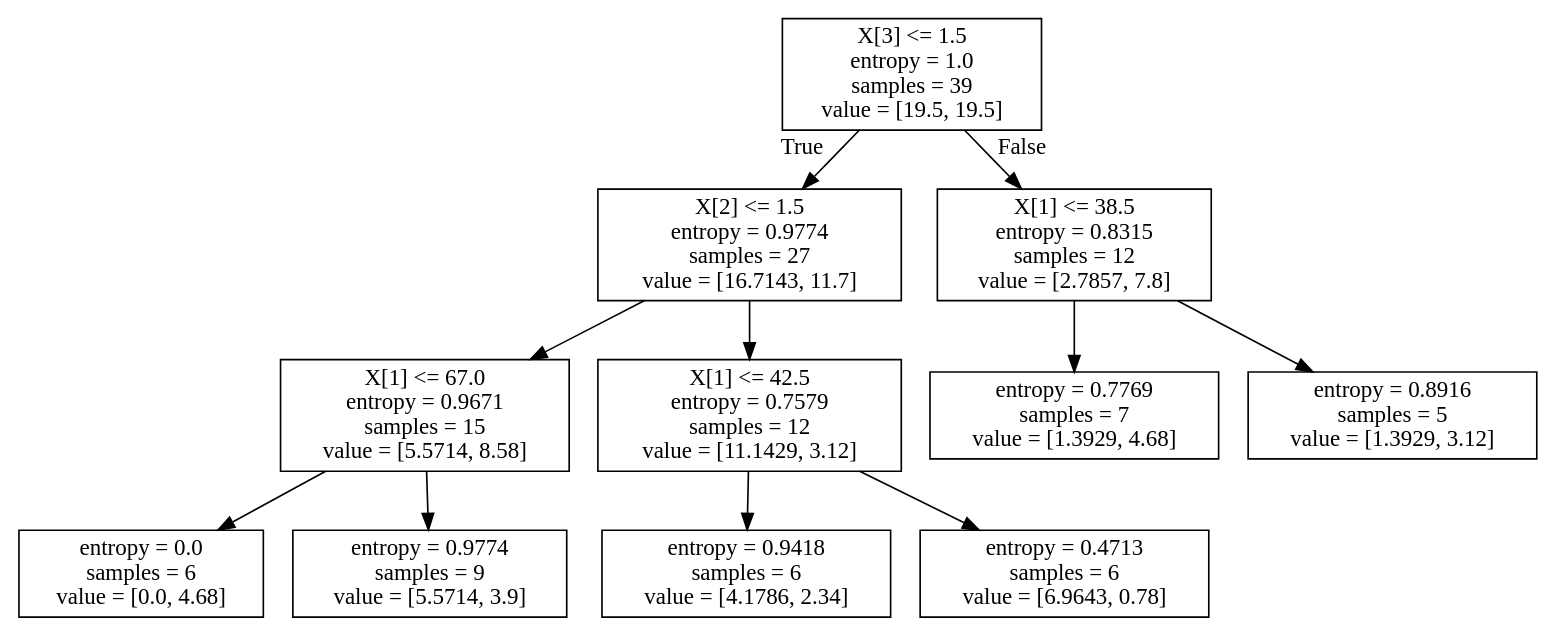
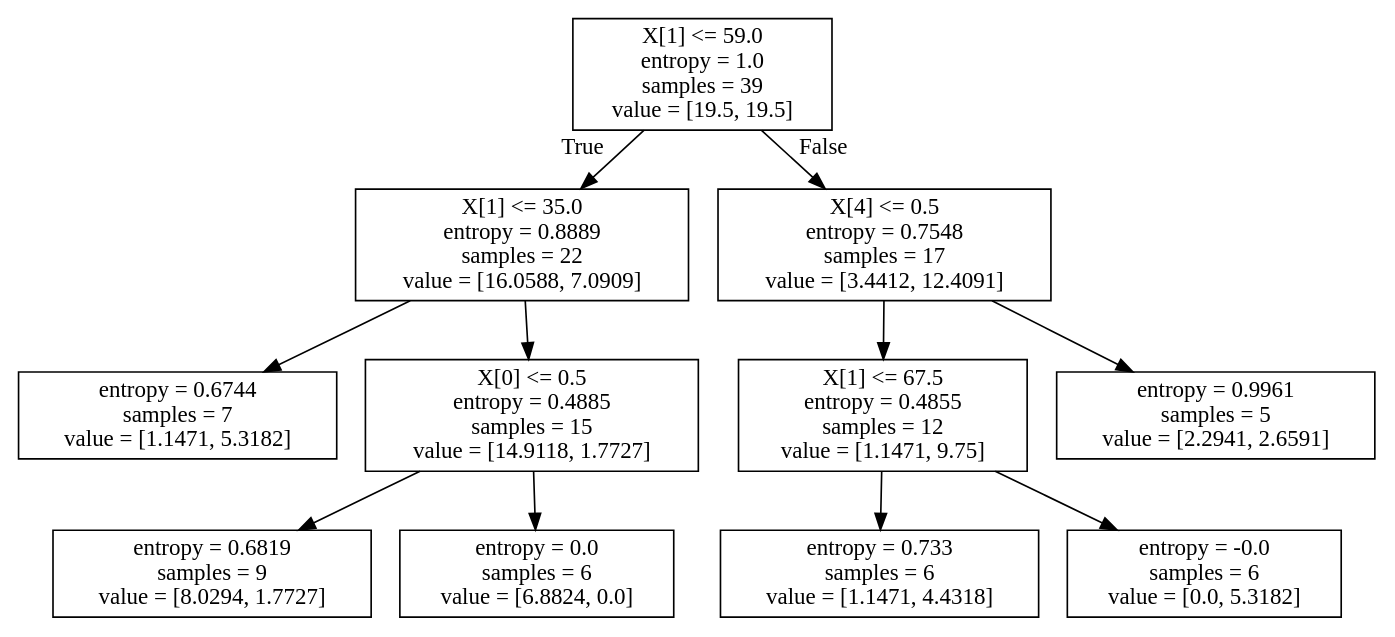
Before and after one commit to DeepinSC/Machine_learning-Countryside: the diagram in iris.dot, drawn with Graphviz. The commit also changed 3 other files, not shown here.

```diff
--- a/iris.dot
+++ b/iris.dot
@@ -1,24 +1,24 @@
 digraph Tree {
 node [shape=box] ;
-0 [label="X[3] <= 1.5\nentropy = 1.0\nsamples = 39\nvalue = [19.5, 19.5]"] ;
-1 [label="X[2] <= 1.5\nentropy = 0.9774\nsamples = 27\nvalue = [16.7143, 11.7]"] ;
+0 [label="X[1] <= 59.0\nentropy = 1.0\nsamples = 39\nvalue = [19.5, 19.5]"] ;
+1 [label="X[1] <= 35.0\nentropy = 0.8889\nsamples = 22\nvalue = [16.0588, 7.0909]"] ;
 0 -> 1 [labeldistance=2.5, labelangle=45, headlabel="True"] ;
-2 [label="X[1] <= 67.0\nentropy = 0.9671\nsamples = 15\nvalue = [5.5714, 8.58]"] ;
+2 [label="entropy = 0.6744\nsamples = 7\nvalue = [1.1471, 5.3182]"] ;
 1 -> 2 ;
-3 [label="entropy = 0.0\nsamples = 6\nvalue = [0.0, 4.68]"] ;
-2 -> 3 ;
-4 [label="entropy = 0.9774\nsamples = 9\nvalue = [5.5714, 3.9]"] ;
-2 -> 4 ;
-5 [label="X[1] <= 42.5\nentropy = 0.7579\nsamples = 12\nvalue = [11.1429, 3.12]"] ;
-1 -> 5 ;
-6 [label="entropy = 0.9418\nsamples = 6\nvalue = [4.1786, 2.34]"] ;
-5 -> 6 ;
-7 [label="entropy = 0.4713\nsamples = 6\nvalue = [6.9643, 0.78]"] ;
-5 -> 7 ;
-8 [label="X[1] <= 38.5\nentropy = 0.8315\nsamples = 12\nvalue = [2.7857, 7.8]"] ;
-0 -> 8 [labeldistance=2.5, labelangle=-45, headlabel="False"] ;
-9 [label="entropy = 0.7769\nsamples = 7\nvalue = [1.3929, 4.68]"] ;
-8 -> 9 ;
-10 [label="entropy = 0.8916\nsamples = 5\nvalue = [1.3929, 3.12]"] ;
-8 -> 10 ;
+3 [label="X[0] <= 0.5\nentropy = 0.4885\nsamples = 15\nvalue = [14.9118, 1.7727]"] ;
+1 -> 3 ;
+4 [label="entropy = 0.6819\nsamples = 9\nvalue = [8.0294, 1.7727]"] ;
+3 -> 4 ;
+5 [label="entropy = 0.0\nsamples = 6\nvalue = [6.8824, 0.0]"] ;
+3 -> 5 ;
+6 [label="X[4] <= 0.5\nentropy = 0.7548\nsamples = 17\nvalue = [3.4412, 12.4091]"] ;
+0 -> 6 [labeldistance=2.5, labelangle=-45, headlabel="False"] ;
+7 [label="X[1] <= 67.5\nentropy = 0.4855\nsamples = 12\nvalue = [1.1471, 9.75]"] ;
+6 -> 7 ;
+8 [label="entropy = 0.733\nsamples = 6\nvalue = [1.1471, 4.4318]"] ;
+7 -> 8 ;
+9 [label="entropy = -0.0\nsamples = 6\nvalue = [0.0, 5.3182]"] ;
+7 -> 9 ;
+10 [label="entropy = 0.9961\nsamples = 5\nvalue = [2.2941, 2.6591]"] ;
+6 -> 10 ;
 }
```
